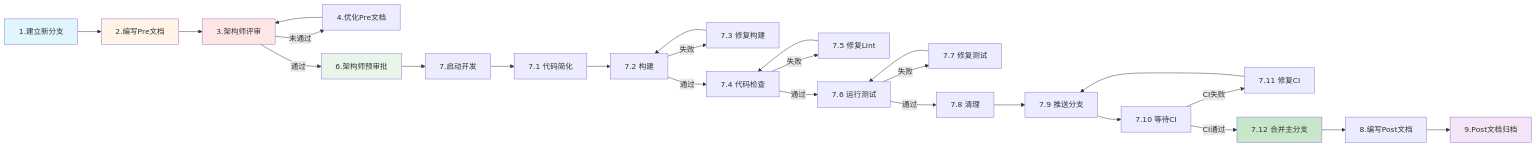
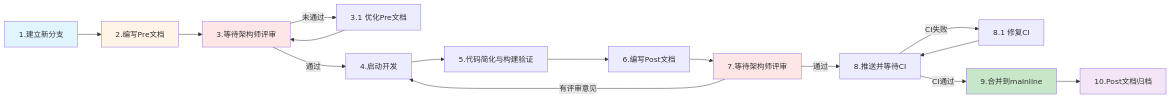
The third of 6 diagrams in CLAUDE.MD (jzhang405/NexKV), drawn with Mermaid before and after one commit. The commit also changed other lines of this file, not shown here.

````diff
--- a/CLAUDE.MD
+++ b/CLAUDE.MD
@@ -489,34 +489,24 @@
 ```mermaid
 flowchart LR
     A[1.建立新分支] --> B[2.编写Pre文档]
-    B --> C[3.架构师评审]
-    C -->|未通过| D[4.优化Pre文档]
+    B --> C[3.等待架构师评审]
+    C -->|未通过| D[3.1 优化Pre文档]
     D --> C
-    C -->|通过| E[6.架构师预审批]
-    E --> F[7.启动开发]
-    F --> G[7.1 代码简化]
-    G --> H[7.2 构建]
-    H -->|失败| I[7.3 修复构建]
-    I --> H
-    H -->|通过| J[7.4 代码检查]
-    J -->|失败| K[7.5 修复Lint]
-    K --> J
-    J -->|通过| L[7.6 运行测试]
-    L -->|失败| M[7.7 修复测试]
-    M --> L
-    L -->|通过| N[7.8 清理]
-    N --> O[7.9 推送分支]
-    O --> P[7.10 等待CI]
-    P -->|CI失败| Q[7.11 修复CI]
-    Q --> O
-    P -->|CI通过| R[7.12 合并主分支]
-    R --> S[8.编写Post文档]
-    S --> T[9.Post文档归档]
+    C -->|通过| E[4.启动开发]
+    E --> F[5.代码简化与构建验证]
+    F --> G[6.编写Post文档]
+    G --> H[7.等待架构师评审]
+    H -->|有评审意见| E
+    H -->|通过| I[8.推送并等待CI]
+    I -->|CI失败| J[8.1 修复CI]
+    J --> I
+    I -->|CI通过| K[9.合并到mainline]
+    K --> L[10.Post文档归档]
 
     style A fill:#e1f5ff
     style B fill:#fff4e6
     style C fill:#ffe6e6
-    style E fill:#e8f5e9
-    style R fill:#c8e6c9
-    style T fill:#f3e5f5
+    style H fill:#ffe6e6
+    style K fill:#c8e6c9
+    style L fill:#f3e5f5
 ```
````
